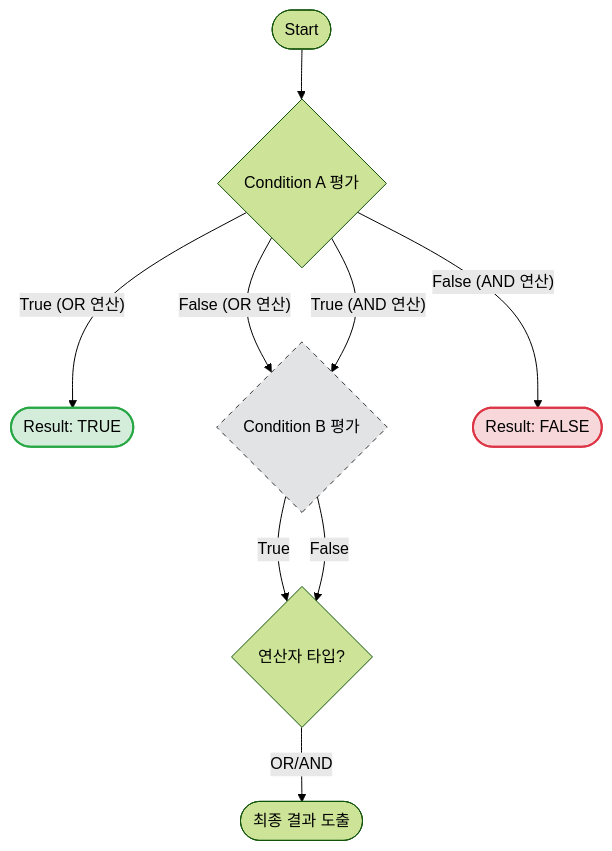
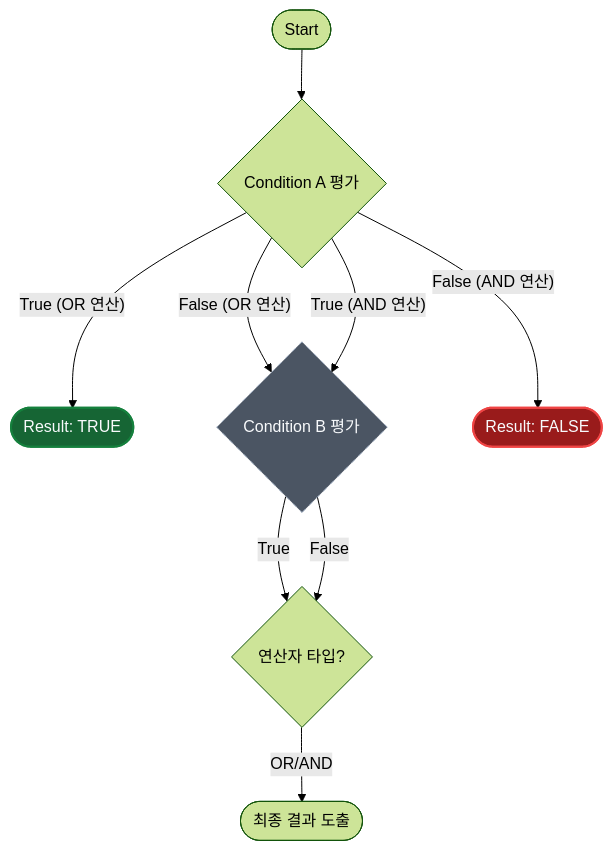
One commit to Kang-Hyesung/kang-hyesung.github.io changed the diagram in _posts/java/01-basic-syntax/2025-11-20-short-circuit.md. Above: the diagram before and after it, drawn with Mermaid (forest theme). The commit also changed 74 other files, not shown here.

Commit message:
docs: update post visibility and mermaid colors

````diff
--- a/_posts/java/01-basic-syntax/2025-11-20-short-circuit.md
+++ b/_posts/java/01-basic-syntax/2025-11-20-short-circuit.md
@@ -23,23 +23,23 @@
 ```mermaid
 flowchart TD
     Start([Start]) --> CheckA{Condition A 평가}
     
     %% OR 연산 경로
     CheckA -- True (OR 연산) --> ResultTrue([Result: TRUE])
     CheckA -- False (OR 연산) --> CheckB{Condition B 평가}
     
     %% AND 연산 경로
     CheckA -- False (AND 연산) --> ResultFalse([Result: FALSE])
     CheckA -- True (AND 연산) --> CheckB
     
     %% B 평가 후 결과
     CheckB --> |True| FinalCheck{연산자 타입?}
     CheckB --> |False| FinalCheck
     
     FinalCheck -- OR/AND --> End([최종 결과 도출])
     
-    style ResultTrue fill:#d4edda,stroke:#28a745,stroke-width:2px
-    style ResultFalse fill:#f8d7da,stroke:#dc3545,stroke-width:2px
-    style CheckB fill:#e2e3e5,stroke:#333,stroke-dasharray: 5 5
+    style ResultTrue fill:#166534,stroke:#15803d,stroke-width:2px,color:#f8fafc
+    style ResultFalse fill:#991b1b,stroke:#ef4444,stroke-width:2px,color:#f8fafc
+    style CheckB fill:#4b5563,stroke:#94a3b8,stroke-dasharray: 5 5,color:#f8fafc
 
 ```
````
